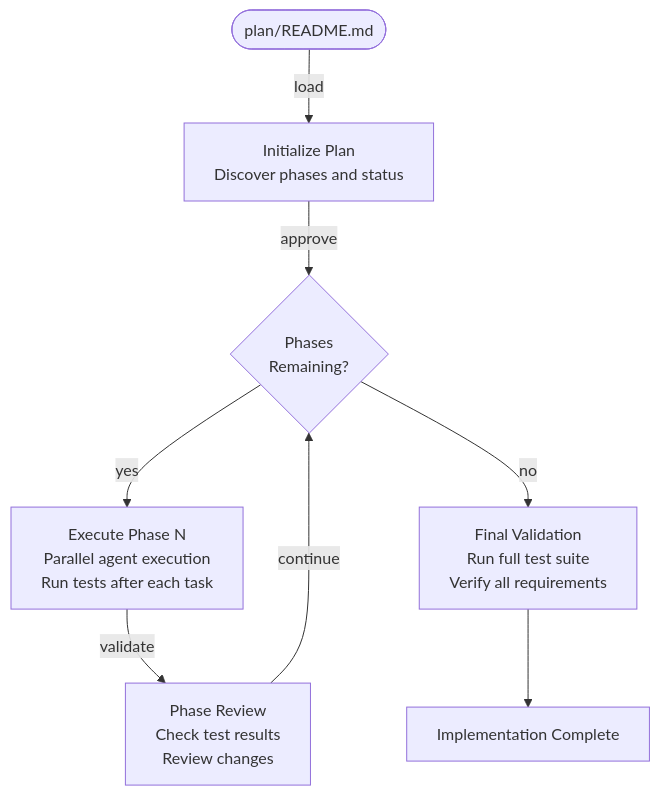
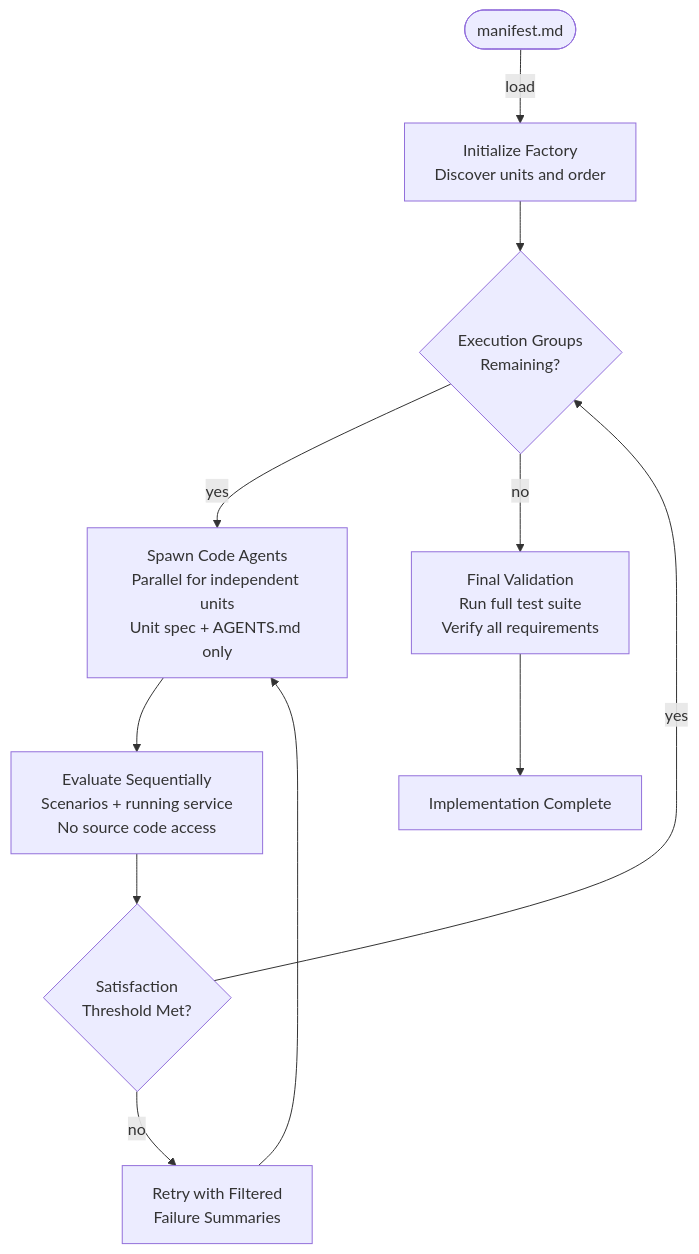
Before and after one commit to rsmdt/the-startup: the second of 10 diagrams in plugins/start/README.md, drawn with Mermaid. The commit also changed other lines of this file and 36 other files, not shown here.

````diff
--- a/plugins/start/README.md
+++ b/plugins/start/README.md
@@ -99,10 +102,13 @@
 ```mermaid
 flowchart TD
-    A([plan/README.md]) --> |load| B[Initialize Plan<br/>Discover phases and status]
-    B --> |approve| C{Phases<br>Remaining?}
-    C --> |yes| D[Execute Phase N<br/>Parallel agent execution<br/>Run tests after each task]
-    D --> |validate| E[Phase Review<br/>Check test results<br/>Review changes]
-    E --> |continue| C
-    C --> |no| F[Final Validation<br/>Run full test suite<br/>Verify all requirements]
-    F --> END[Implementation Complete]
+    A([manifest.md]) --> |load| B[Initialize Factory<br/>Discover units and order]
+    B --> C{Execution Groups<br>Remaining?}
+    C --> |yes| D[Spawn Code Agents<br/>Parallel for independent units<br/>Unit spec + AGENTS.md only]
+    D --> E[Evaluate Sequentially<br/>Scenarios + running service<br/>No source code access]
+    E --> F{Satisfaction<br>Threshold Met?}
+    F --> |no| G[Retry with Filtered<br/>Failure Summaries]
+    G --> D
+    F --> |yes| C
+    C --> |no| H[Final Validation<br/>Run full test suite<br/>Verify all requirements]
+    H --> END[Implementation Complete]
 ```
````
